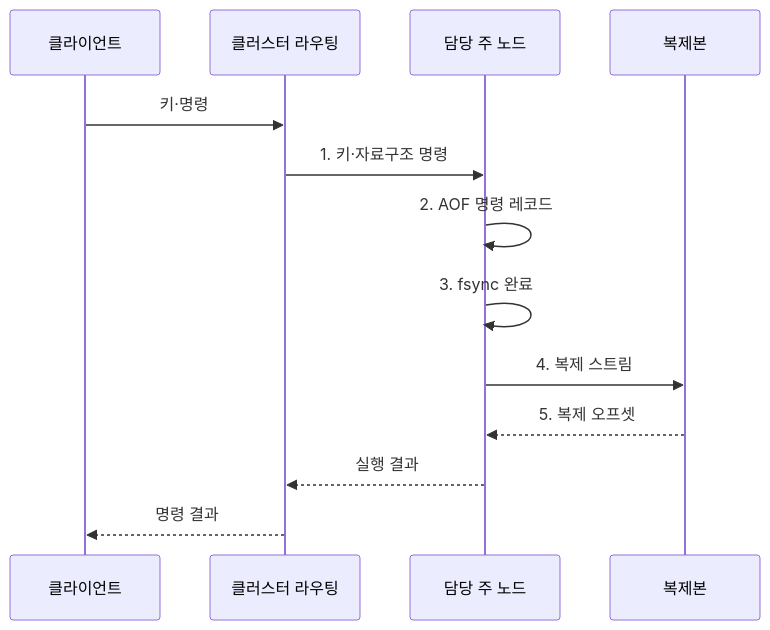
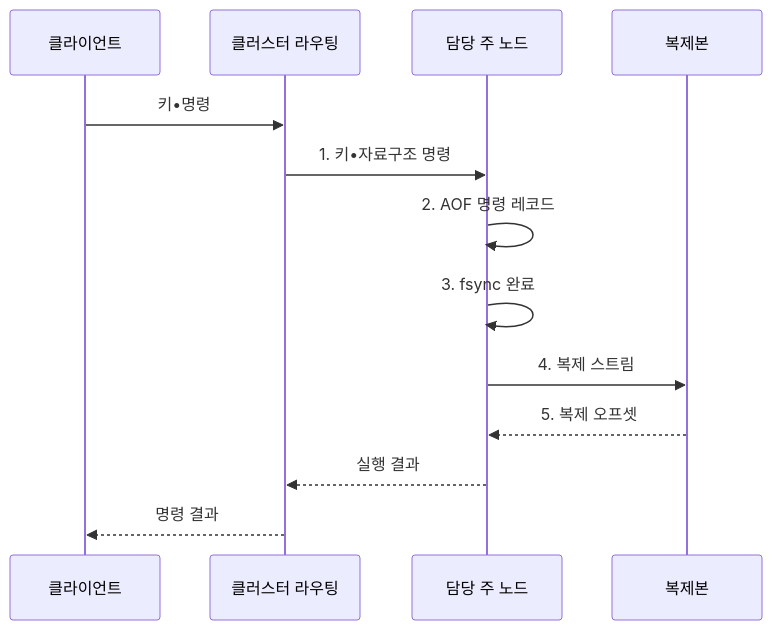
Before and after one commit to agnusdei1207/knowledge-base: the second of 2 diagrams in src/content/docs/notes/03-software/107_redis_in_memory_database.md, drawn with Mermaid. The commit also changed other lines of this file and 953 other files, not shown here.

````diff
--- a/src/content/docs/notes/03-software/107_redis_in_memory_database.md
+++ b/src/content/docs/notes/03-software/107_redis_in_memory_database.md
@@ -108,15 +108,15 @@
 ```mermaid
 sequenceDiagram
     participant C as 클라이언트
     participant R as 클러스터 라우팅
     participant P as 담당 주 노드
     participant S as 복제본
-    C->>R: 키·명령
-    R->>P: 1. 키·자료구조 명령
+    C->>R: 키•명령
+    R->>P: 1. 키•자료구조 명령
     P->>P: 2. AOF 명령 레코드
     P->>P: 3. fsync 완료
     P->>S: 4. 복제 스트림
     S-->>P: 5. 복제 오프셋
     P-->>R: 실행 결과
     R-->>C: 명령 결과
 ```
````
